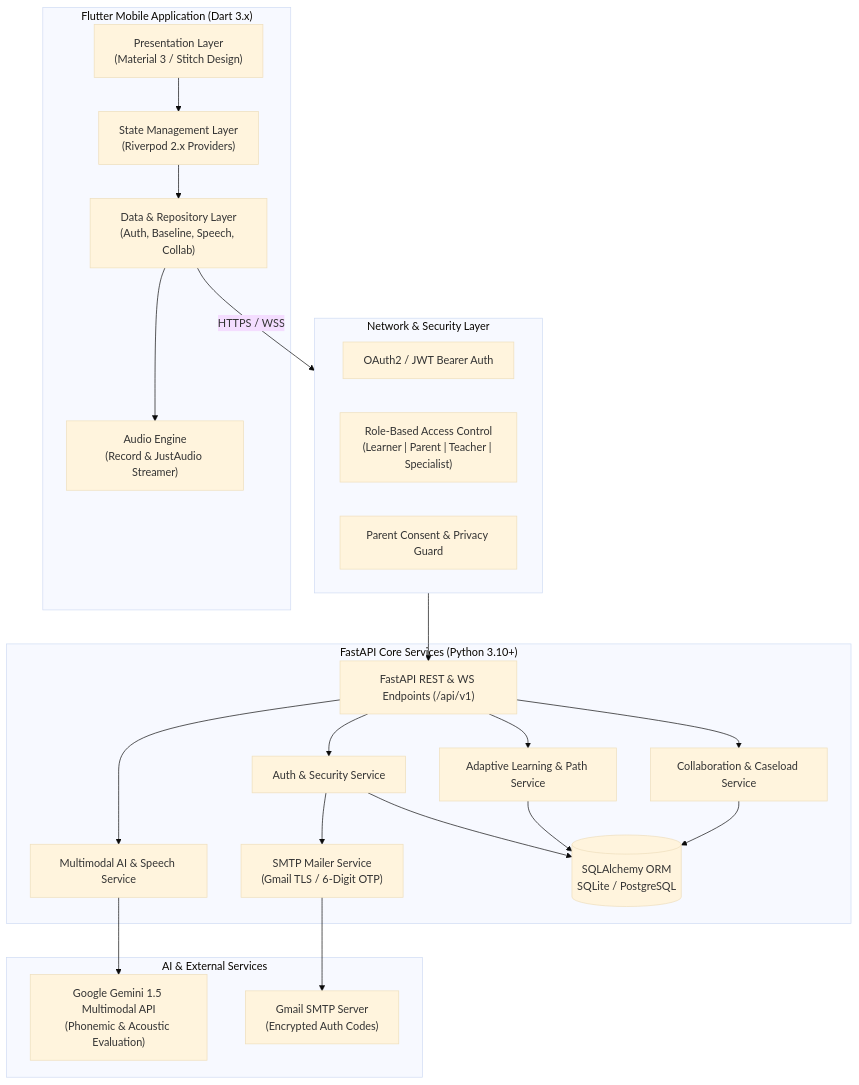
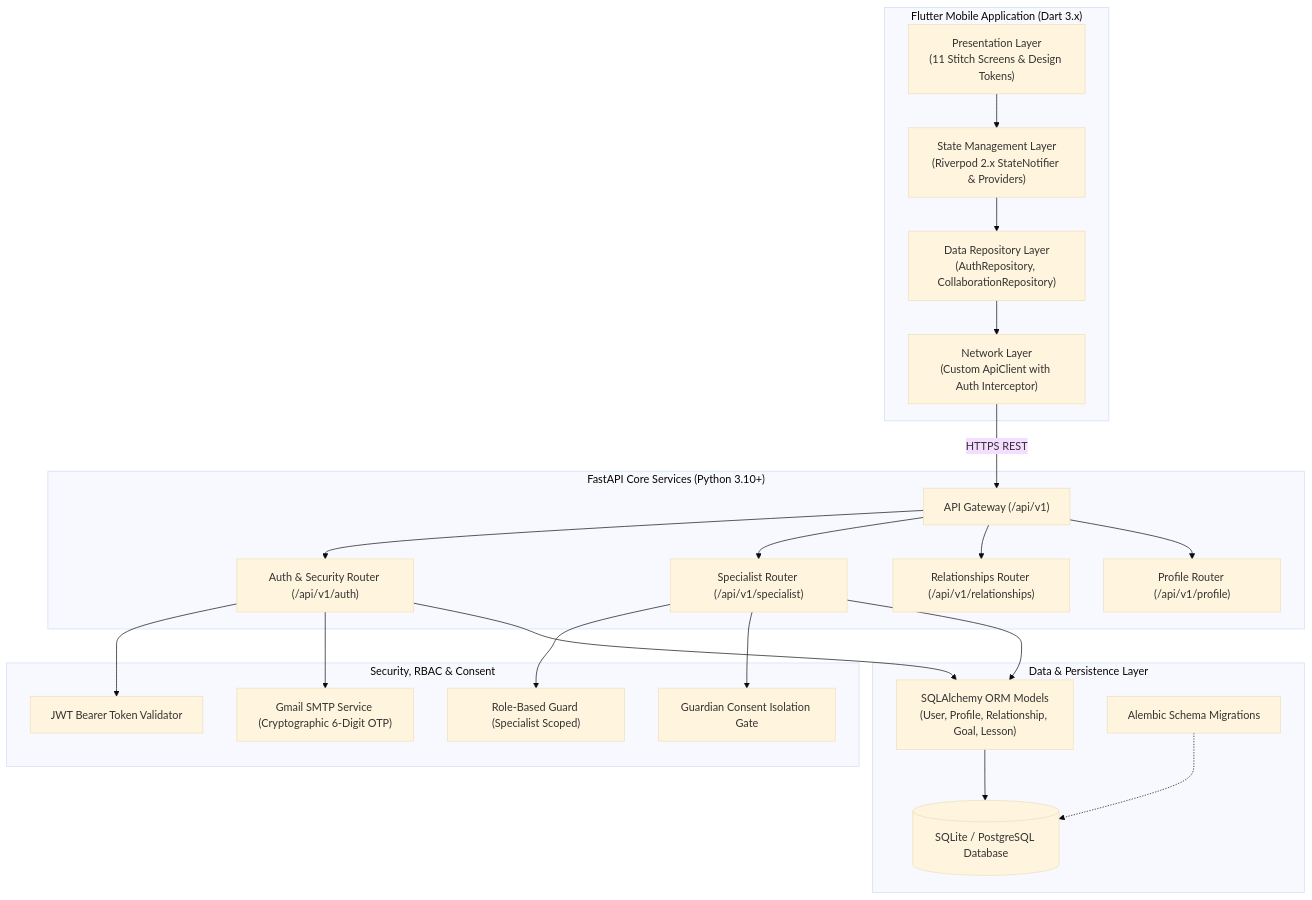
Before and after one commit to DevanshKot09/Language: the diagram in README.md, drawn with Mermaid (base theme). The commit also changed other lines of this file, not shown here.

Commit message:
docs: comprehensive README overhaul reflecting consolidated Specialist platform, 11 Stitch screens, workflows & test status

````diff
--- a/README.md
+++ b/README.md
@@ -86,46 +177,51 @@
 ```mermaid
 flowchart TD
     subgraph Client ["Flutter Mobile Application (Dart 3.x)"]
-        UI["Presentation Layer\n(Material 3 / Stitch Design)"]
-        BLoC["State Management Layer\n(Riverpod 2.x Providers)"]
-        Repo["Data & Repository Layer\n(Auth, Baseline, Speech, Collab)"]
-        AudioRec["Audio Engine\n(Record & JustAudio Streamer)"]
-        UI --> BLoC
-        BLoC --> Repo
-        Repo --> AudioRec
+        UI["Presentation Layer\n(11 Stitch Screens & Design Tokens)"]
+        State["State Management Layer\n(Riverpod 2.x StateNotifier & Providers)"]
+        Repo["Data Repository Layer\n(AuthRepository, CollaborationRepository)"]
+        NetClient["Network Layer\n(Custom ApiClient with Auth Interceptor)"]
+        
+        UI --> State
+        State --> Repo
+        Repo --> NetClient
     end
 
-    subgraph Gateway ["Network & Security Layer"]
-        JWT["OAuth2 / JWT Bearer Auth"]
-        RBAC["Role-Based Access Control\n(Learner | Parent | Teacher | Specialist)"]
-        Consent["Parent Consent & Privacy Guard"]
+    subgraph BackendGateway ["FastAPI Core Services (Python 3.10+)"]
+        Router["API Gateway (/api/v1)"]
+        AuthModule["Auth & Security Router (/api/v1/auth)"]
+        SpecialistModule["Specialist Router (/api/v1/specialist)"]
+        RelModule["Relationships Router (/api/v1/relationships)"]
+        ProfileModule["Profile Router (/api/v1/profile)"]
+        
+        Router --> AuthModule
+        Router --> SpecialistModule
+        Router --> RelModule
+        Router --> ProfileModule
     end
 
-    subgraph Backend ["FastAPI Core Services (Python 3.10+)"]
-        Router["FastAPI REST & WS Endpoints (/api/v1)"]
-        AuthSvc["Auth & Security Service"]
-        LearnSvc["Adaptive Learning & Path Service"]
-        CollabSvc["Collaboration & Caseload Service"]
-        AISvc["Multimodal AI & Speech Service"]
-        MailSvc["SMTP Mailer Service\n(Gmail TLS / 6-Digit OTP)"]
-        DB[(SQLAlchemy ORM\nSQLite / PostgreSQL)]
+    subgraph SecurityServices ["Security, RBAC & Consent"]
+        JWT["JWT Bearer Token Validator"]
+        RBAC["Role-Based Guard (Specialist Scoped)"]
+        Consent["Guardian Consent Isolation Gate"]
+        Mailer["Gmail SMTP Service (Cryptographic 6-Digit OTP)"]
+        
+        AuthModule --> JWT
+        AuthModule --> Mailer
+        SpecialistModule --> RBAC
+        SpecialistModule --> Consent
     end
 
-    subgraph AI ["AI & External Services"]
-        Gemini["Google Gemini 1.5 Multimodal API\n(Phonemic & Acoustic Evaluation)"]
-        SMTP["Gmail SMTP Server\n(Encrypted Auth Codes)"]
+    subgraph DataStorage ["Data & Persistence Layer"]
+        ORM["SQLAlchemy ORM Models\n(User, Profile, Relationship, Goal, Lesson)"]
+        DB[(SQLite / PostgreSQL Database)]
+        Alembic["Alembic Schema Migrations"]
+        
+        SpecialistModule --> ORM
+        AuthModule --> ORM
+        ORM --> DB
+        Alembic -.-> DB
     end
 
-    Repo -->|HTTPS / WSS| Gateway
-    Gateway --> Router
-    Router --> AuthSvc
-    Router --> LearnSvc
-    Router --> CollabSvc
-    Router --> AISvc
-    AuthSvc --> DB
-    LearnSvc --> DB
-    CollabSvc --> DB
-    AuthSvc --> MailSvc
-    MailSvc --> SMTP
-    AISvc --> Gemini
+    NetClient -->|HTTPS REST| Router
 ```
````
